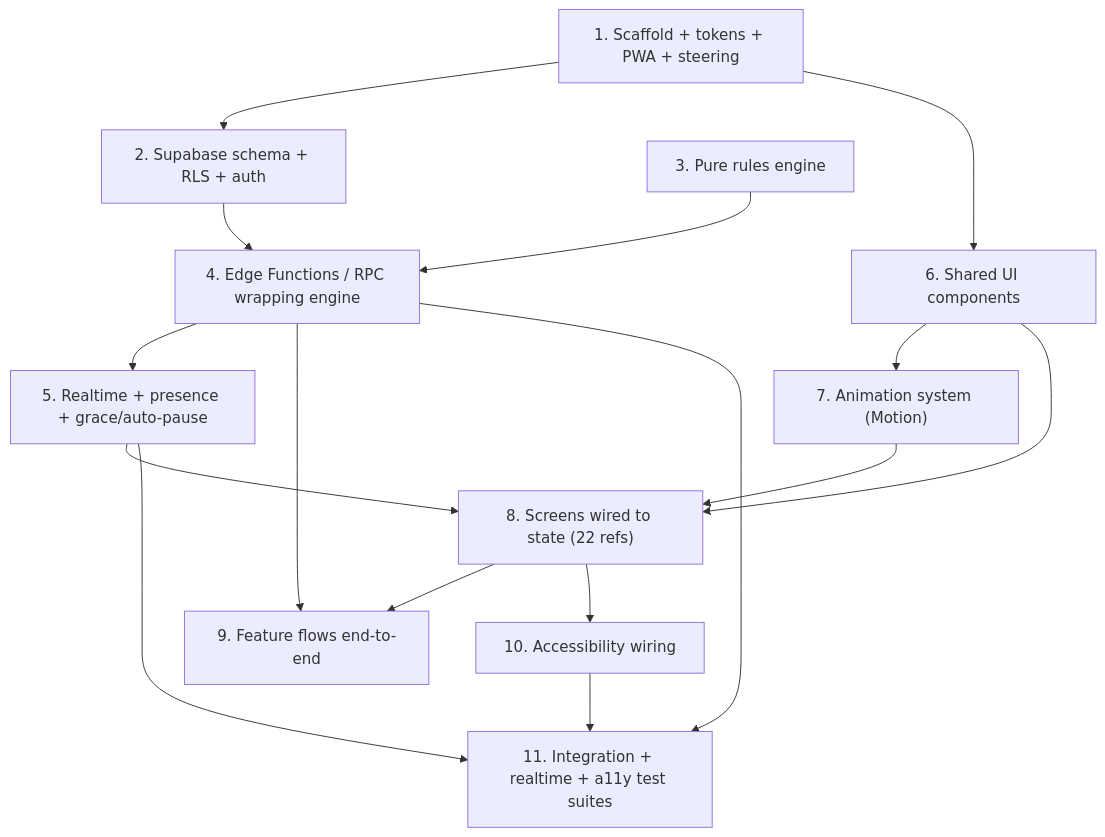
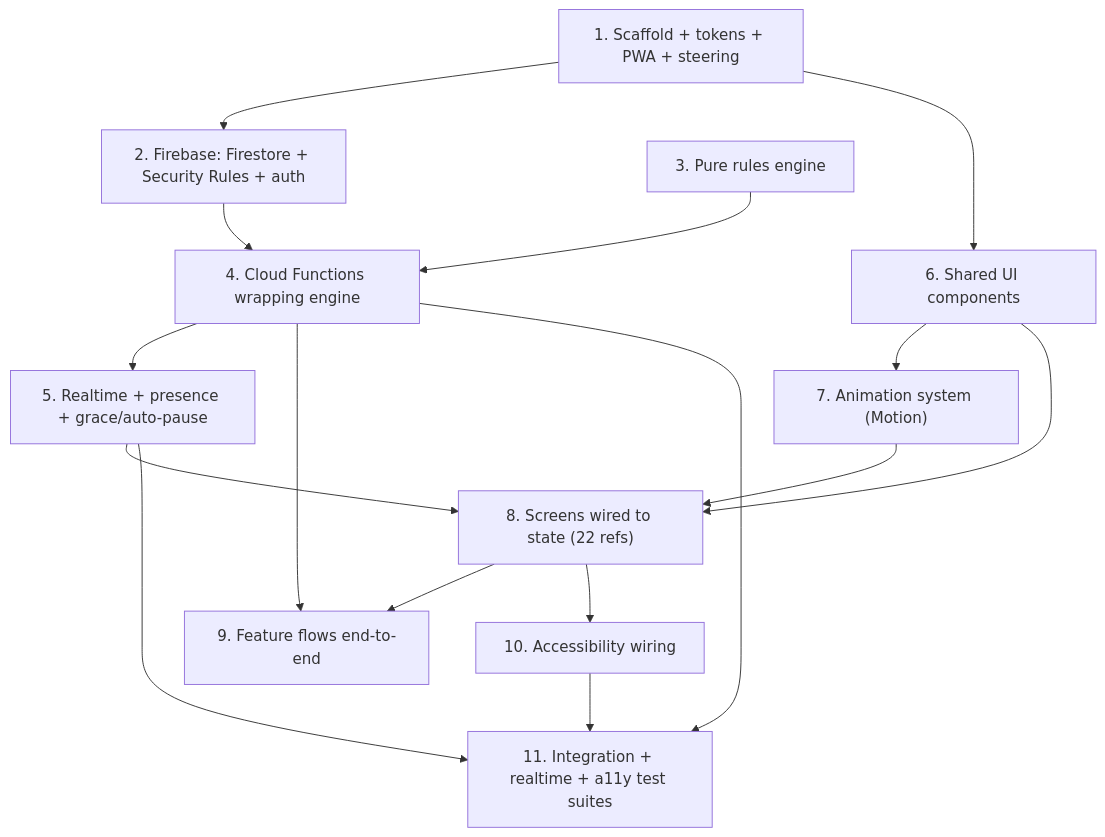
Before and after one commit to livanuj/homemade_Uno: the diagram in .kiro/specs/homemade-uno/tasks.md, drawn with Mermaid. The commit also changed other lines of this file and 10 other files, not shown here.

First line of the commit message:
Migrate backend from Supabase to Firebase (specs + steering)

````diff
--- a/.kiro/specs/homemade-uno/tasks.md
+++ b/.kiro/specs/homemade-uno/tasks.md
@@ -13,33 +13,33 @@
 ```mermaid
 graph TD
   T1["1. Scaffold + tokens + PWA + steering"]
-  T2["2. Supabase schema + RLS + auth"]
+  T2["2. Firebase: Firestore + Security Rules + auth"]
   T3["3. Pure rules engine"]
-  T4["4. Edge Functions / RPC wrapping engine"]
+  T4["4. Cloud Functions wrapping engine"]
   T5["5. Realtime + presence + grace/auto-pause"]
   T6["6. Shared UI components"]
   T7["7. Animation system (Motion)"]
   T8["8. Screens wired to state (22 refs)"]
   T9["9. Feature flows end-to-end"]
   T10["10. Accessibility wiring"]
   T11["11. Integration + realtime + a11y test suites"]
 
   T1 --> T2
   T1 --> T6
   T2 --> T4
   T3 --> T4
   T4 --> T5
   T6 --> T7
   T6 --> T8
   T7 --> T8
   T5 --> T8
   T8 --> T9
   T4 --> T9
   T8 --> T10
   T4 --> T11
   T5 --> T11
   T10 --> T11
 
   %% Note: per-screen Playwright visual checks live inside the Task 8 sub-tasks
   %% and depend on those screens existing; the Playwright harness itself is task 1.7.
 ```
````
